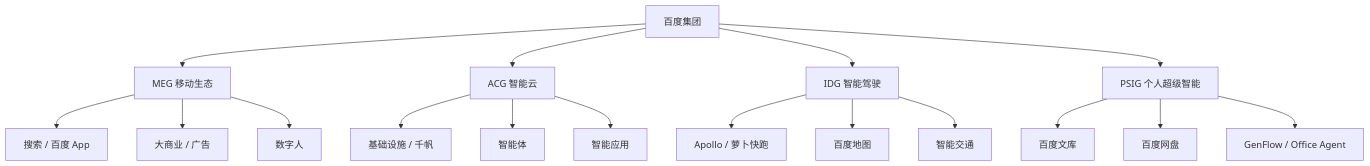
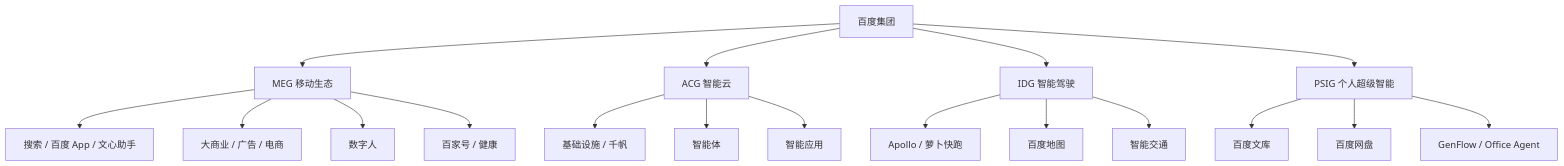
The second of 6 diagrams in docs/job/companies/baidu.md (AI-PM-Wiki/AIPM), drawn with Mermaid before and after one commit. The commit also changed other lines of this file and 17 other files, not shown here.

````diff
--- a/docs/job/companies/baidu.md
+++ b/docs/job/companies/baidu.md
@@ -41,24 +41,25 @@
 ```mermaid
 flowchart TB
     G[百度集团]
     G --> MEG[MEG 移动生态]
     G --> ACG[ACG 智能云]
     G --> IDG[IDG 智能驾驶]
     G --> PSIG[PSIG 个人超级智能]
 
-    MEG --> M1[搜索 / 百度 App]
-    MEG --> M2[大商业 / 广告]
+    MEG --> M1[搜索 / 百度 App / 文心助手]
+    MEG --> M2[大商业 / 广告 / 电商]
     MEG --> M3[数字人]
+    MEG --> M4[百家号 / 健康]
 
     ACG --> C1[基础设施 / 千帆]
     ACG --> C2[智能体]
     ACG --> C3[智能应用]
 
     IDG --> I1[Apollo / 萝卜快跑]
     IDG --> I2[百度地图]
     IDG --> I3[智能交通]
 
     PSIG --> P1[百度文库]
     PSIG --> P2[百度网盘]
     PSIG --> P3[GenFlow / Office Agent]
 ```
````
